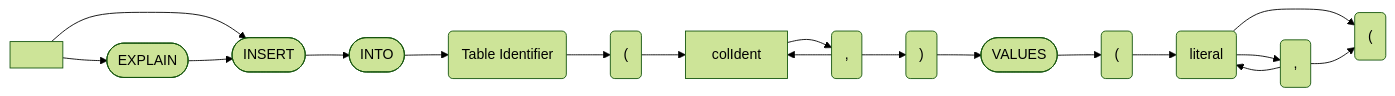
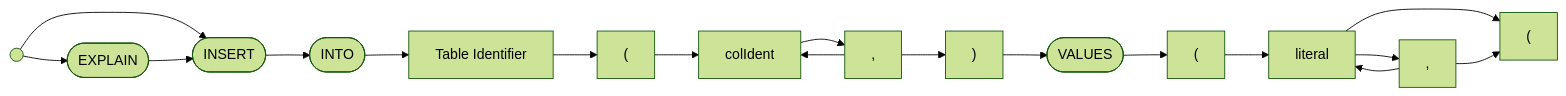
Before and after one commit to chirst/cdb: the third of 4 diagrams in README.md, drawn with Mermaid (forest theme). The commit also changed other lines of this file and 26 other files, not shown here.

````diff
--- a/README.md
+++ b/README.md
@@ -54,34 +55,34 @@
 ```mermaid
-flowchart LR
-begin[ ]
+graph LR
+begin(( ))
 explain([EXPLAIN])
 insert([INSERT])
 into([INTO])
-tableIdent("Table Identifier")
-lparen("(")
-rparen(")")
-colSep(",")
+tableIdent["Table Identifier"]
+lparen["("]
+rparen[")"]
+colSep[","]
 values([VALUES])
-lparen2("(")
-rparen2("(")
-colSep2(",")
-literal("literal")
+lparen2["("]
+rparen2["("]
+colSep2[","]
+literal["literal"]
 
 begin --> explain
 begin --> insert
 explain --> insert
 insert --> into
 into --> tableIdent
 tableIdent --> lparen
 lparen --> colIdent
 colIdent --> colSep
 colSep --> colIdent
 colSep --> rparen
 rparen --> values
 values --> lparen2
 lparen2 --> literal
 literal --> colSep2
 colSep2 --> literal
 literal --> rparen2
 colSep2 --> rparen2
 ```
````
